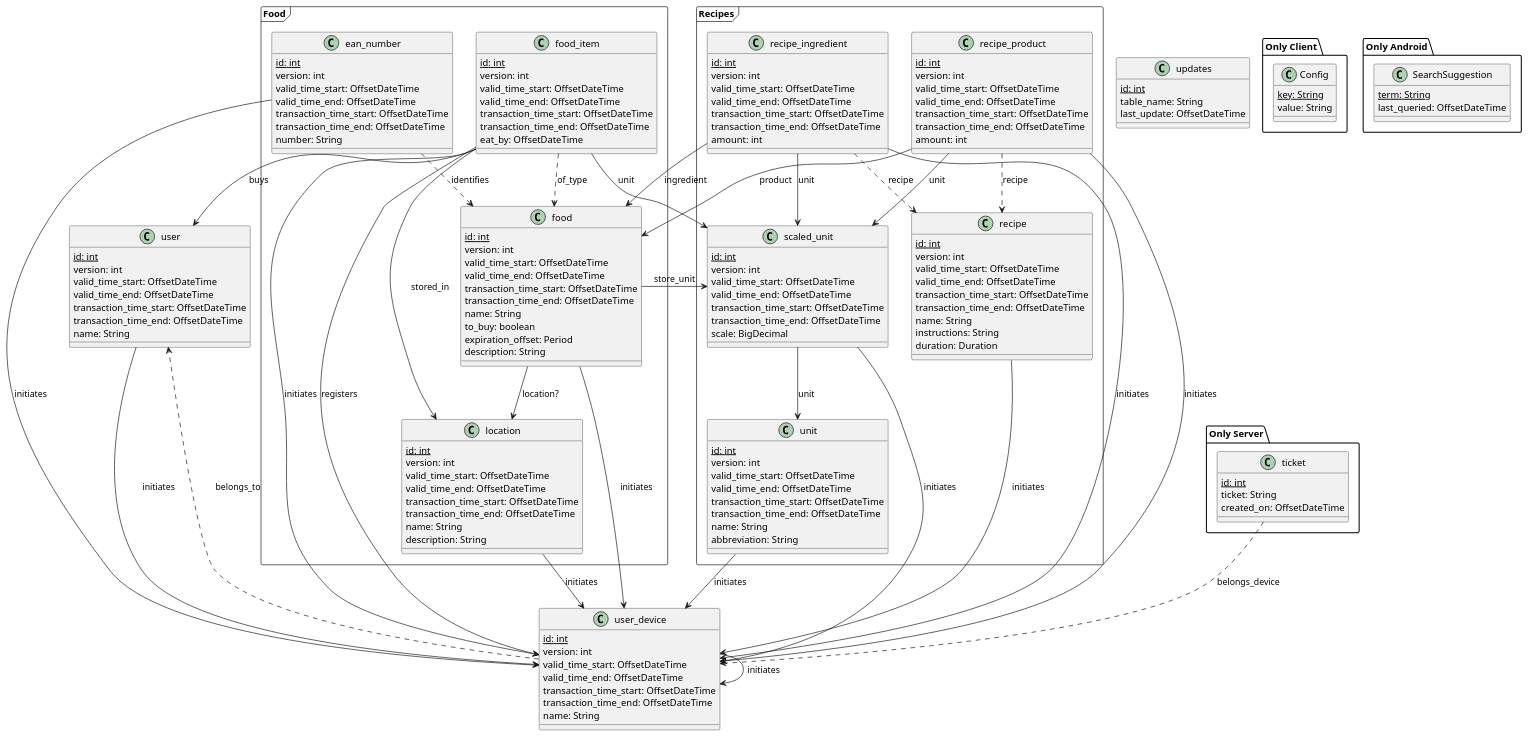
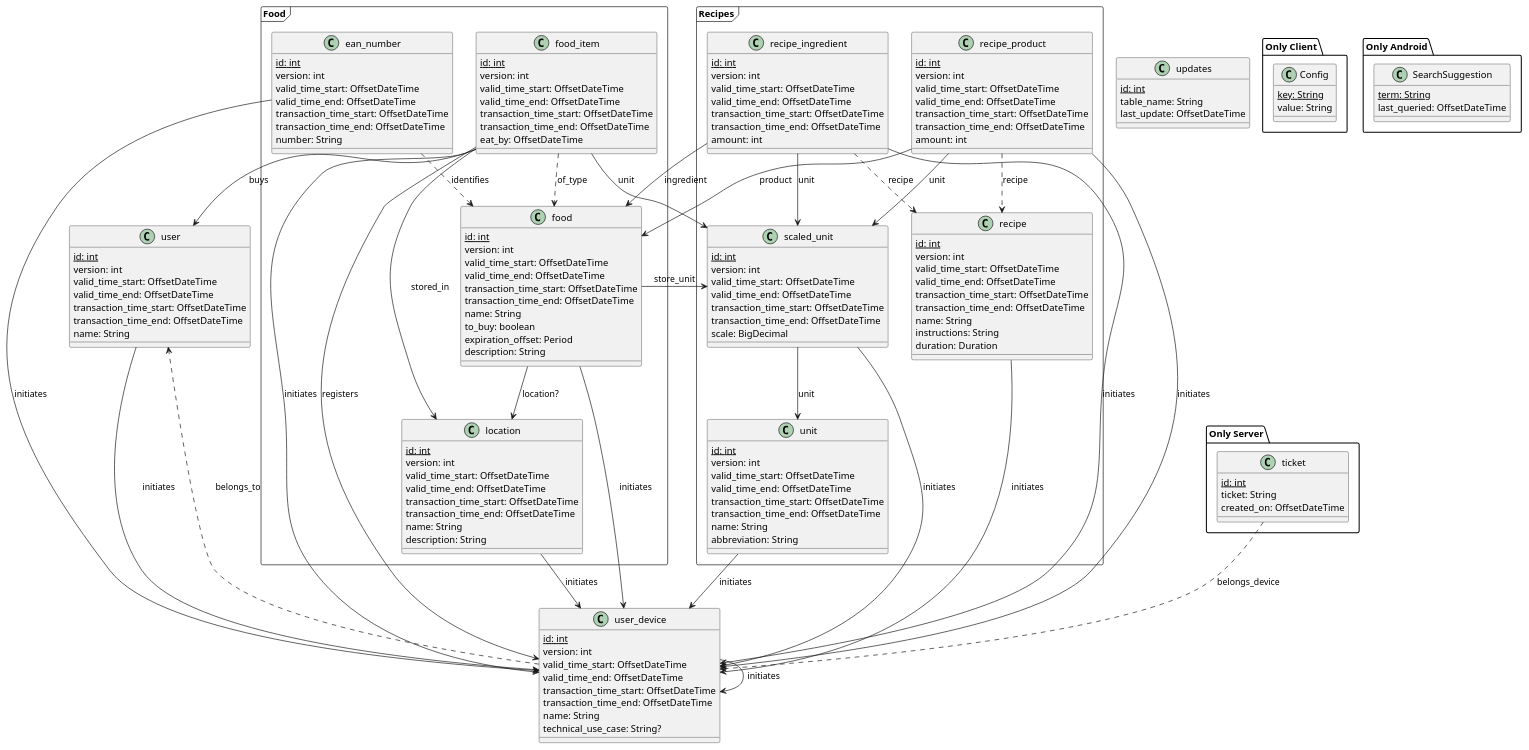
Before and after one commit to F1rst-Unicorn/stocks: the diagram in manual/development/diagrams/data-model.plantuml, drawn with PlantUML. The commit also changed 1 other file, not shown here.

```diff
--- a/manual/development/diagrams/data-model.plantuml
+++ b/manual/development/diagrams/data-model.plantuml
@@ -19,191 +19,192 @@
 @startuml
 
 class user {
     {static} id: int
     version: int
     valid_time_start: OffsetDateTime
     valid_time_end: OffsetDateTime
     transaction_time_start: OffsetDateTime
     transaction_time_end: OffsetDateTime
     name: String
 }
 
 class user_device {
     {static} id: int
     version: int
     valid_time_start: OffsetDateTime
     valid_time_end: OffsetDateTime
     transaction_time_start: OffsetDateTime
     transaction_time_end: OffsetDateTime
     name: String
+    technical_use_case: String?
 }
 
 package Food <<Frame>> {
 
     class location {
         {static} id: int
         version: int
         valid_time_start: OffsetDateTime
         valid_time_end: OffsetDateTime
         transaction_time_start: OffsetDateTime
         transaction_time_end: OffsetDateTime
         name: String
         description: String
     }
 
     class food {
         {static} id: int
         version: int
         valid_time_start: OffsetDateTime
         valid_time_end: OffsetDateTime
         transaction_time_start: OffsetDateTime
         transaction_time_end: OffsetDateTime
         name: String
         to_buy: boolean
         expiration_offset: Period
         description: String
     }
 
     class food_item {
         {static} id: int
         version: int
         valid_time_start: OffsetDateTime
         valid_time_end: OffsetDateTime
         transaction_time_start: OffsetDateTime
         transaction_time_end: OffsetDateTime
         eat_by: OffsetDateTime
     }
 
     class ean_number {
         {static} id: int
         version: int
         valid_time_start: OffsetDateTime
         valid_time_end: OffsetDateTime
         transaction_time_start: OffsetDateTime
         transaction_time_end: OffsetDateTime
         number: String
     }
 }
 
 package Recipes <<Frame>> {
 
     class recipe {
         {static} id: int
         version: int
         valid_time_start: OffsetDateTime
         valid_time_end: OffsetDateTime
         transaction_time_start: OffsetDateTime
         transaction_time_end: OffsetDateTime
         name: String
         instructions: String
         duration: Duration
     }
 
     class recipe_ingredient {
         {static} id: int
         version: int
         valid_time_start: OffsetDateTime
         valid_time_end: OffsetDateTime
         transaction_time_start: OffsetDateTime
         transaction_time_end: OffsetDateTime
         amount: int
     }
 
     class recipe_product {
         {static} id: int
         version: int
         valid_time_start: OffsetDateTime
         valid_time_end: OffsetDateTime
         transaction_time_start: OffsetDateTime
         transaction_time_end: OffsetDateTime
         amount: int
     }
 
     class scaled_unit {
         {static} id: int
         version: int
         valid_time_start: OffsetDateTime
         valid_time_end: OffsetDateTime
         transaction_time_start: OffsetDateTime
         transaction_time_end: OffsetDateTime
         scale: BigDecimal
     }
 
     class unit {
         {static} id: int
         version: int
         valid_time_start: OffsetDateTime
         valid_time_end: OffsetDateTime
         transaction_time_start: OffsetDateTime
         transaction_time_end: OffsetDateTime
         name: String
         abbreviation: String
     }
 }
 
 class updates {
     {static} id: int
     table_name: String
     last_update: OffsetDateTime
 }
 
 package "Only Server" {
     class ticket {
         {static} id: int
         ticket: String
         created_on: OffsetDateTime
     }
 }
 
 package "Only Client" {
     class Config {
         {static} key: String
         value: String
     }
 }
 
 package "Only Android" {
     class SearchSuggestion {
         {static} term: String
         last_queried: OffsetDateTime
     }
 }
 
 location --> user_device : initiates
 food --> user_device : initiates
 user --> user_device : initiates
 user_device --> user_device : initiates
 food_item --> user_device : initiates
 ean_number --> user_device : initiates
 recipe --> user_device : initiates
 recipe_ingredient --> user_device : initiates
 recipe_product --> user_device : initiates
 unit --> user_device : initiates
 scaled_unit --> user_device : initiates
 
 user_device -[dashed]-> user : belongs_to
 
 ean_number -[dashed]-> food : identifies
 
 food --> location : location?
 food --> scaled_unit : store_unit
 
 food_item --> location : stored_in
 food_item -[dashed]-> food : of_type
 food_item --> user : buys
 food_item --> user_device : registers
 food_item --> scaled_unit : unit
 
 recipe_ingredient -[dashed]-> recipe : recipe
 recipe_ingredient --> food : ingredient
 recipe_ingredient --> scaled_unit : unit
 
 recipe_product -[dashed]-> recipe : recipe
 recipe_product --> food : product
 recipe_product --> scaled_unit : unit
 
 scaled_unit --> unit : unit
 
 ticket -[dashed]-> user_device : belongs_device
 
 @enduml
```
